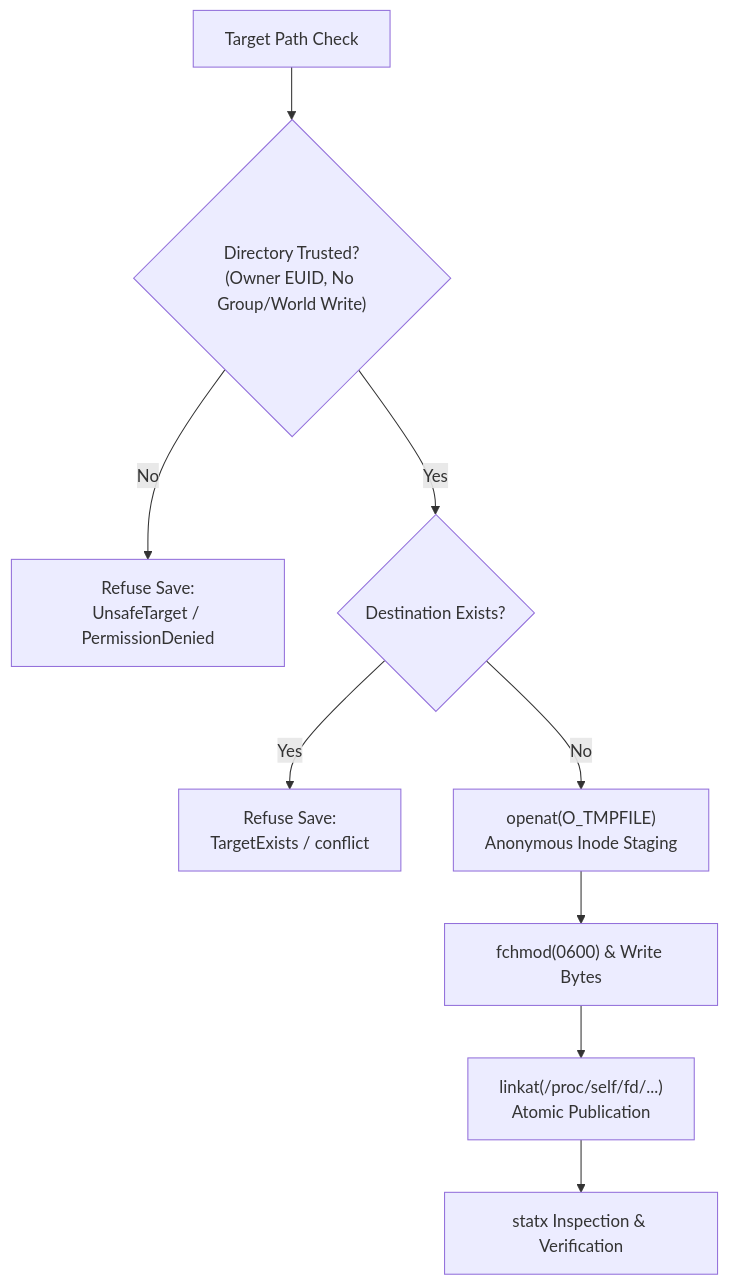
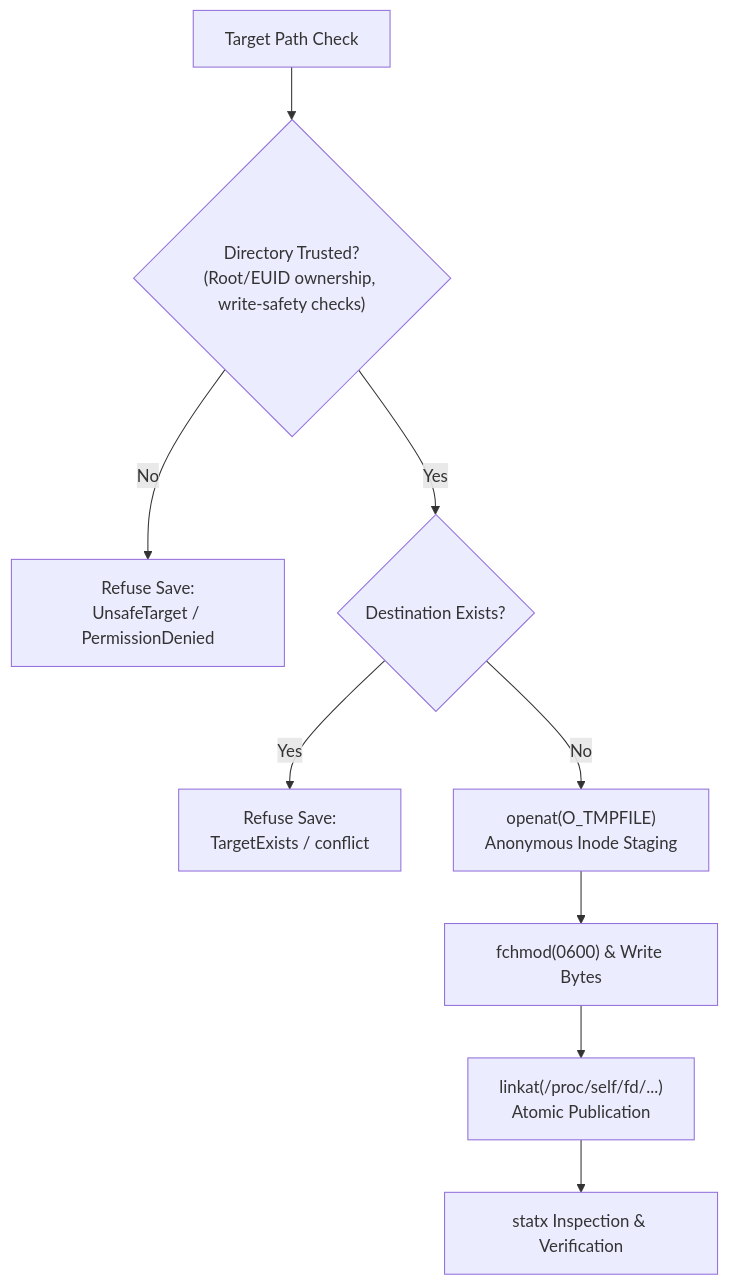
The second of 3 diagrams in docs/public/troubleshooting.md (islamu-ngo/Configurator), drawn with Mermaid before and after one commit. The commit also changed other lines of this file, not shown here.

````diff
--- a/docs/public/troubleshooting.md
+++ b/docs/public/troubleshooting.md
@@ -275,11 +329,11 @@
 ```mermaid
 flowchart TD
-    A["Target Path Check"] --> B{"Directory Trusted?<br/>(Owner EUID, No Group/World Write)"}
+    A["Target Path Check"] --> B{"Directory Trusted?<br/>(Root/EUID ownership, write-safety checks)"}
     B -- No --> C["Refuse Save:<br/>UnsafeTarget / PermissionDenied"]
     B -- Yes --> D{"Destination Exists?"}
     D -- Yes --> E["Refuse Save:<br/>TargetExists / conflict"]
     D -- No --> F["openat(O_TMPFILE)<br/>Anonymous Inode Staging"]
     F --> G["fchmod(0600) & Write Bytes"]
     G --> H["linkat(/proc/self/fd/...)<br/>Atomic Publication"]
     H --> I["statx Inspection & Verification"]
 ```
````
